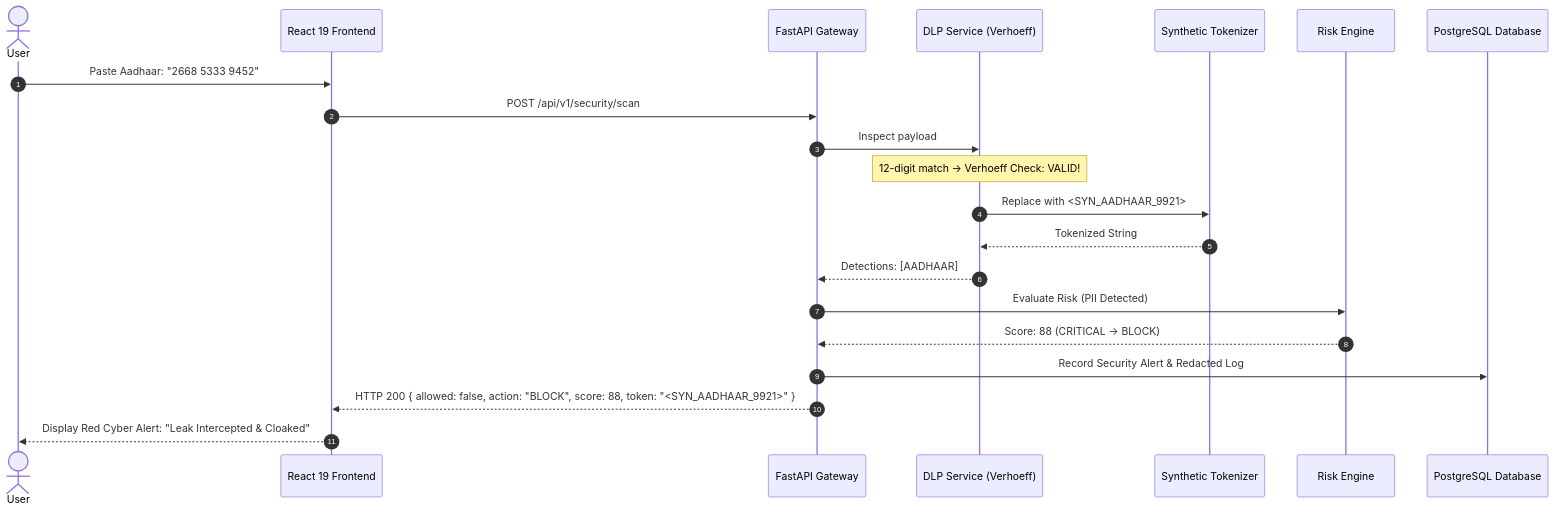
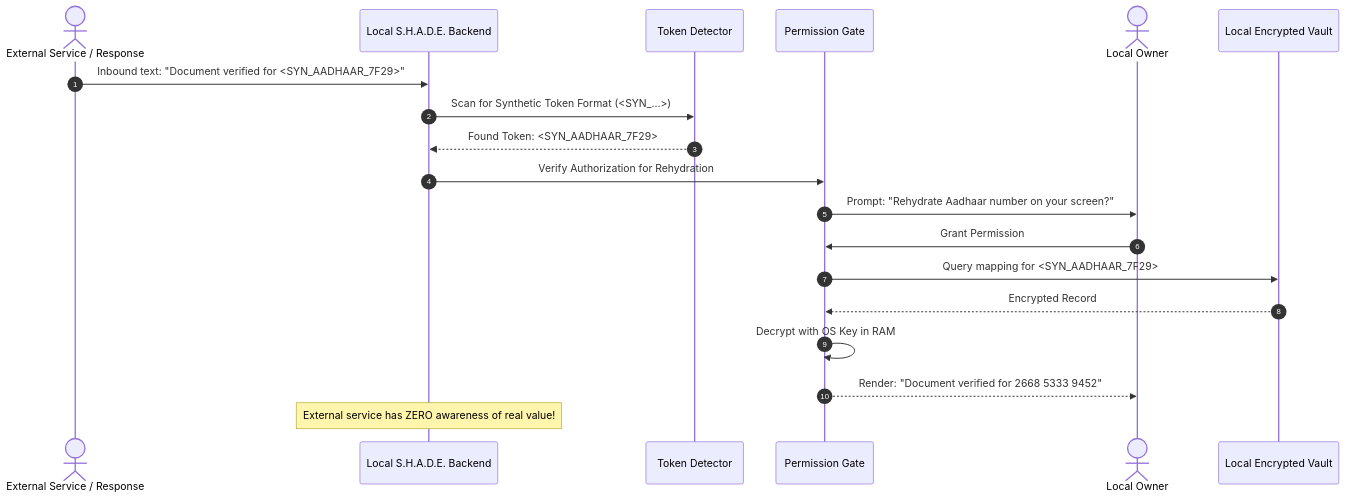
The sixth of 10 diagrams in docs/architecture/ARCHITECTURE.md (Shashank-1920/KPRIET-HackITon26), drawn with Mermaid before and after one commit. The commit also changed other lines of this file and 6 other files, not shown here.

Commit message:
docs: refine local-first secure data architecture

````diff
--- a/docs/architecture/ARCHITECTURE.md
+++ b/docs/architecture/ARCHITECTURE.md
@@ -891,24 +251,22 @@
 ```mermaid
 sequenceDiagram
     autonumber
-    actor User as User
-    participant Frontend as React 19 Frontend
-    participant Gateway as FastAPI Gateway
-    participant DLP as DLP Service (Verhoeff)
-    participant Tokenizer as Synthetic Tokenizer
-    participant Risk as Risk Engine
-    participant DB as PostgreSQL Database
+    actor Ext as External Service / Response
+    participant Backend as Local S.H.A.D.E. Backend
+    participant Detector as Token Detector
+    participant Gate as Permission Gate
+    actor Owner as Local Owner
+    participant Vault as Local Encrypted Vault
 
-    User->>Frontend: Paste Aadhaar: "2668 5333 9452"
-    Frontend->>Gateway: POST /api/v1/security/scan
-    Gateway->>DLP: Inspect payload
-    Note over DLP: 12-digit match -> Verhoeff Check: VALID!
-    DLP->>Tokenizer: Replace with <SYN_AADHAAR_9921>
-    Tokenizer-->>DLP: Tokenized String
-    DLP-->>Gateway: Detections: [AADHAAR]
-    Gateway->>Risk: Evaluate Risk (PII Detected)
-    Risk-->>Gateway: Score: 88 (CRITICAL -> BLOCK)
-    Gateway->>DB: Record Security Alert & Redacted Log
-    Gateway-->>Frontend: HTTP 200 { allowed: false, action: "BLOCK", score: 88, token: "<SYN_AADHAAR_9921>" }
-    Frontend-->>User: Display Red Cyber Alert: "Leak Intercepted & Cloaked"
+    Ext->>Backend: Inbound text: "Document verified for <SYN_AADHAAR_7F29>"
+    Backend->>Detector: Scan for Synthetic Token Format (<SYN_...>)
+    Detector-->>Backend: Found Token: <SYN_AADHAAR_7F29>
+    Backend->>Gate: Verify Authorization for Rehydration
+    Gate->>Owner: Prompt: "Rehydrate Aadhaar number on your screen?"
+    Owner->>Gate: Grant Permission
+    Gate->>Vault: Query mapping for <SYN_AADHAAR_7F29>
+    Vault-->>Gate: Encrypted Record
+    Gate->>Gate: Decrypt with OS Key in RAM
+    Gate-->>Owner: Render: "Document verified for 2668 5333 9452"
+    Note over Backend: External service has ZERO awareness of real value!
 ```
````
